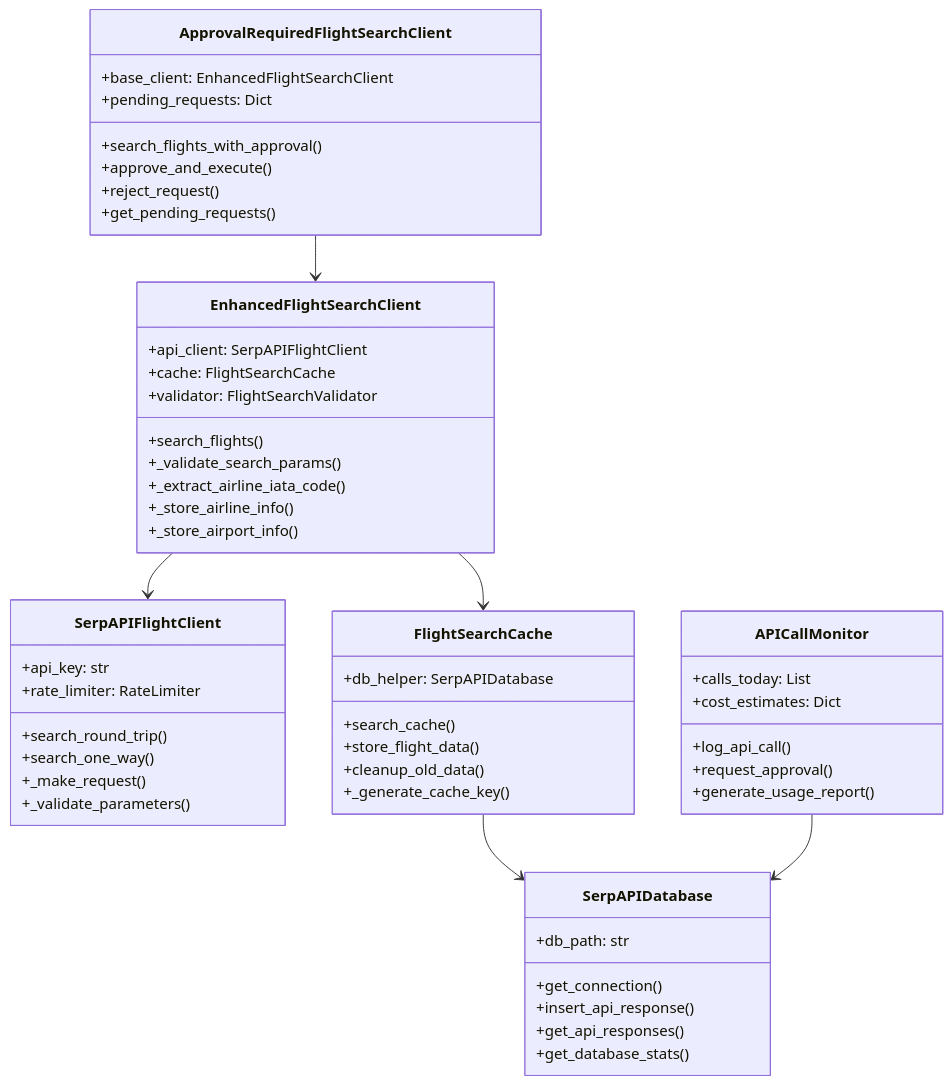
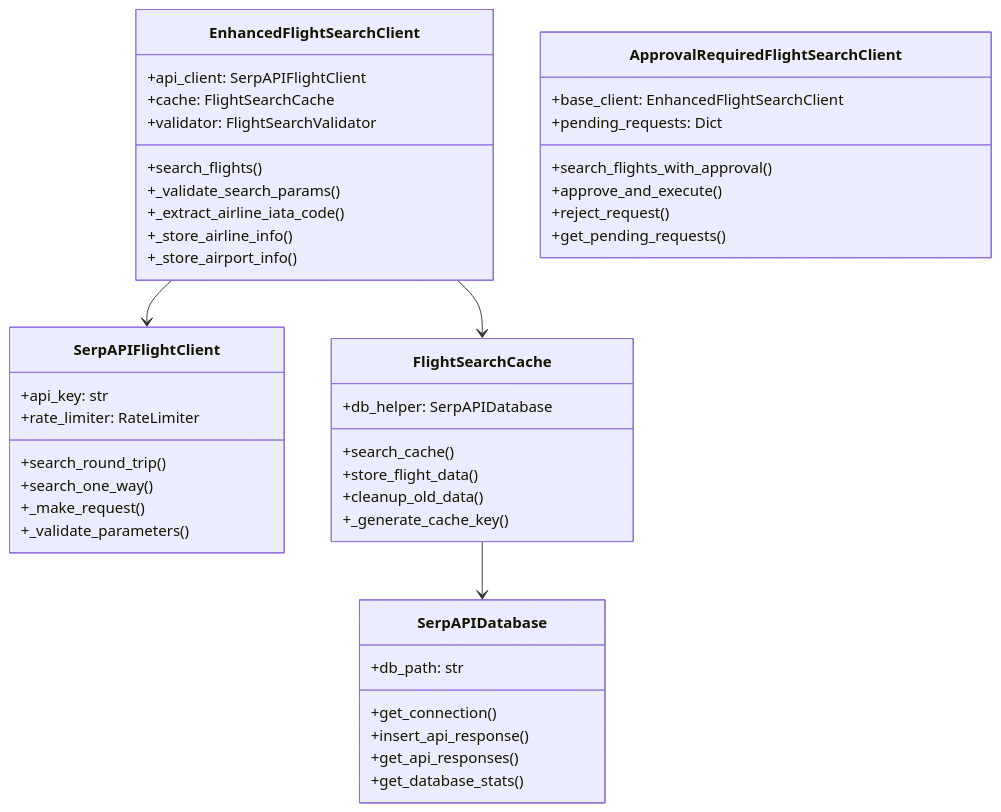
The eighth of 8 diagrams in MD/SYSTEM_DOCUMENTATION.md (samuelarosario/SerpAPI-GPT5), drawn with Mermaid before and after one commit. The commit also changed other lines of this file and 8 other files, not shown here.

````diff
--- a/MD/SYSTEM_DOCUMENTATION.md
+++ b/MD/SYSTEM_DOCUMENTATION.md
@@ -421,61 +400,53 @@
 ```mermaid
 classDiagram
     class EnhancedFlightSearchClient {
         +api_client: SerpAPIFlightClient
         +cache: FlightSearchCache
         +validator: FlightSearchValidator
         +search_flights()
         +_validate_search_params()
         +_extract_airline_iata_code()
         +_store_airline_info()
         +_store_airport_info()
     }
     
     class ApprovalRequiredFlightSearchClient {
         +base_client: EnhancedFlightSearchClient
         +pending_requests: Dict
         +search_flights_with_approval()
         +approve_and_execute()
         +reject_request()
         +get_pending_requests()
     }
     
     class SerpAPIFlightClient {
         +api_key: str
         +rate_limiter: RateLimiter
         +search_round_trip()
         +search_one_way()
         +_make_request()
         +_validate_parameters()
     }
     
     class FlightSearchCache {
         +db_helper: SerpAPIDatabase
         +search_cache()
         +store_flight_data()
         +cleanup_old_data()
         +_generate_cache_key()
     }
     
-    class APICallMonitor {
-        +calls_today: List
-        +cost_estimates: Dict
-        +log_api_call()
-        +request_approval()
-        +generate_usage_report()
-    }
+    %% Approval/cost monitoring subsystem removed in Sept 2025 consolidation
     
     class SerpAPIDatabase {
         +db_path: str
         +get_connection()
         +insert_api_response()
         +get_api_responses()
         +get_database_stats()
     }
     
     EnhancedFlightSearchClient --> SerpAPIFlightClient
     EnhancedFlightSearchClient --> FlightSearchCache
-    ApprovalRequiredFlightSearchClient --> EnhancedFlightSearchClient
     FlightSearchCache --> SerpAPIDatabase
-    APICallMonitor --> SerpAPIDatabase
 ```
````
